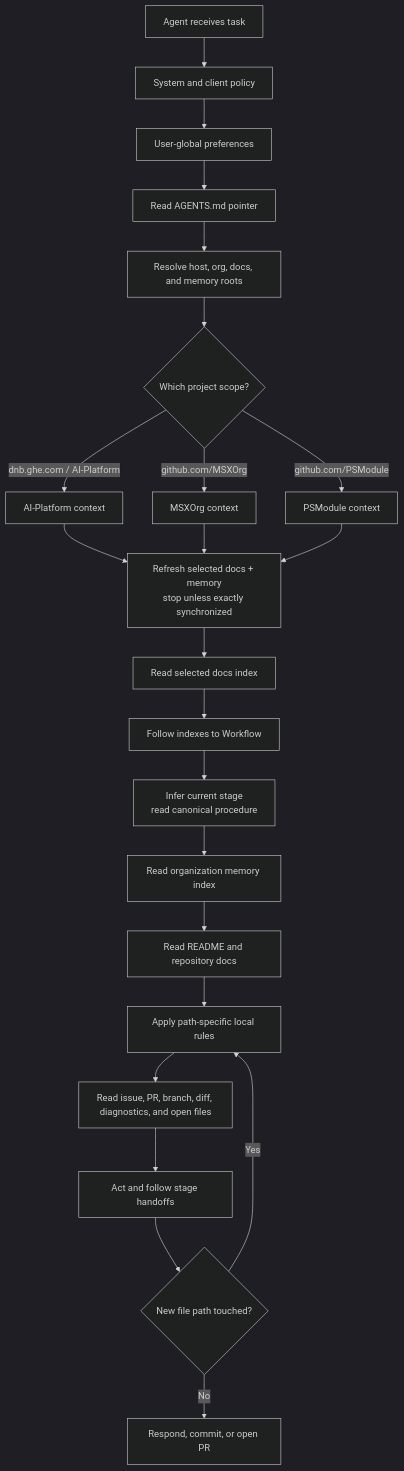
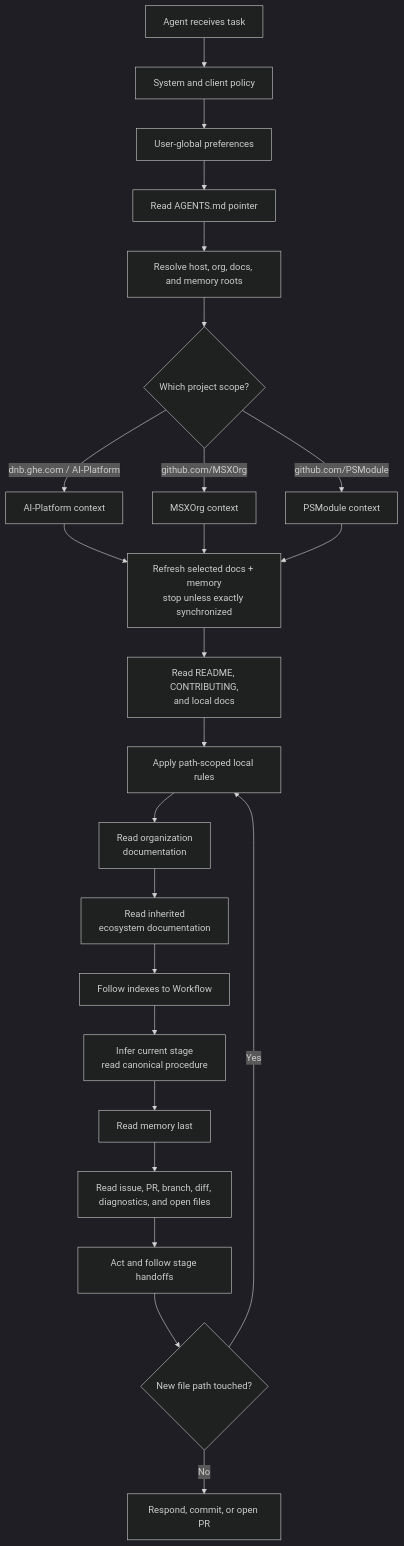
Before and after one commit to MSXOrg/docs: the diagram in src/docs/Capabilities/agentic-development/design.md, drawn with Mermaid (dark theme). The commit also changed other lines of this file and 14 other files, not shown here.

````diff
--- a/src/docs/Capabilities/agentic-development/design.md
+++ b/src/docs/Capabilities/agentic-development/design.md
@@ -128,29 +130,30 @@
 ```mermaid
 flowchart TD
   start["Agent receives task"] --> policy["System and client policy"]
   policy --> user["User-global preferences"]
   user --> pointer["Read AGENTS.md pointer"]
   pointer --> locate["Resolve host, org, docs, and memory roots"]
 
   locate --> host{"Which project scope?"}
   host -->|"dnb.ghe.com / AI-Platform"| aip["AI-Platform context"]
   host -->|"github.com/MSXOrg"| msx["MSXOrg context"]
   host -->|"github.com/PSModule"| psmodule["PSModule context"]
 
   aip --> refresh["Refresh selected docs + memory<br/>stop unless exactly synchronized"]
   msx --> refresh
   psmodule --> refresh
-  refresh --> docs["Read selected docs index"]
+  refresh --> repo["Read README, CONTRIBUTING,<br/>and local docs"]
+  repo --> path["Apply path-scoped local rules"]
+  path --> orgdocs["Read organization<br/>documentation"]
+  orgdocs --> docs["Read inherited<br/>ecosystem documentation"]
   docs --> workflow["Follow indexes to Workflow"]
 
   workflow --> stage["Infer current stage<br/>read canonical procedure"]
-  stage --> memory["Read organization memory index"]
-  memory --> repo["Read README and repository docs"]
-  repo --> path["Apply path-specific local rules"]
-  path --> task["Read issue, PR, branch, diff, diagnostics, and open files"]
+  stage --> memory["Read memory last"]
+  memory --> task["Read issue, PR, branch, diff, diagnostics, and open files"]
   task --> act["Act and follow stage handoffs"]
 
   act --> newpath{"New file path touched?"}
   newpath -->|"Yes"| path
   newpath -->|"No"| done["Respond, commit, or open PR"]
 ```
````
